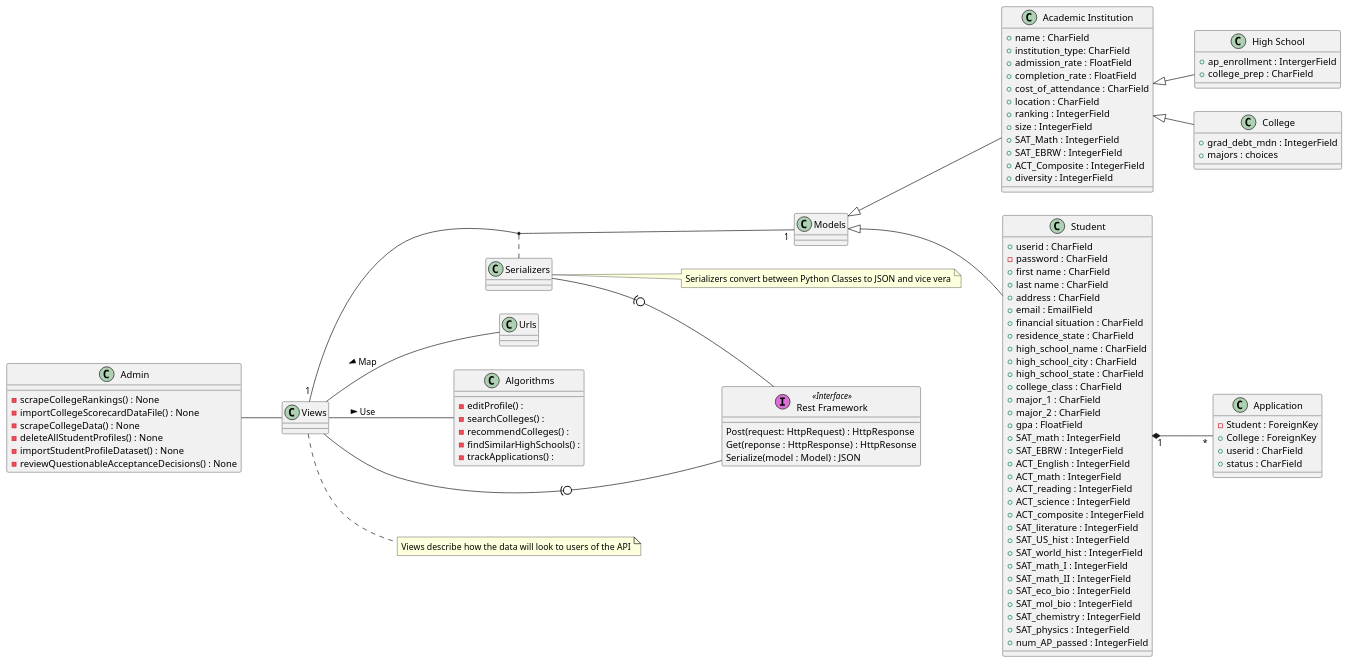
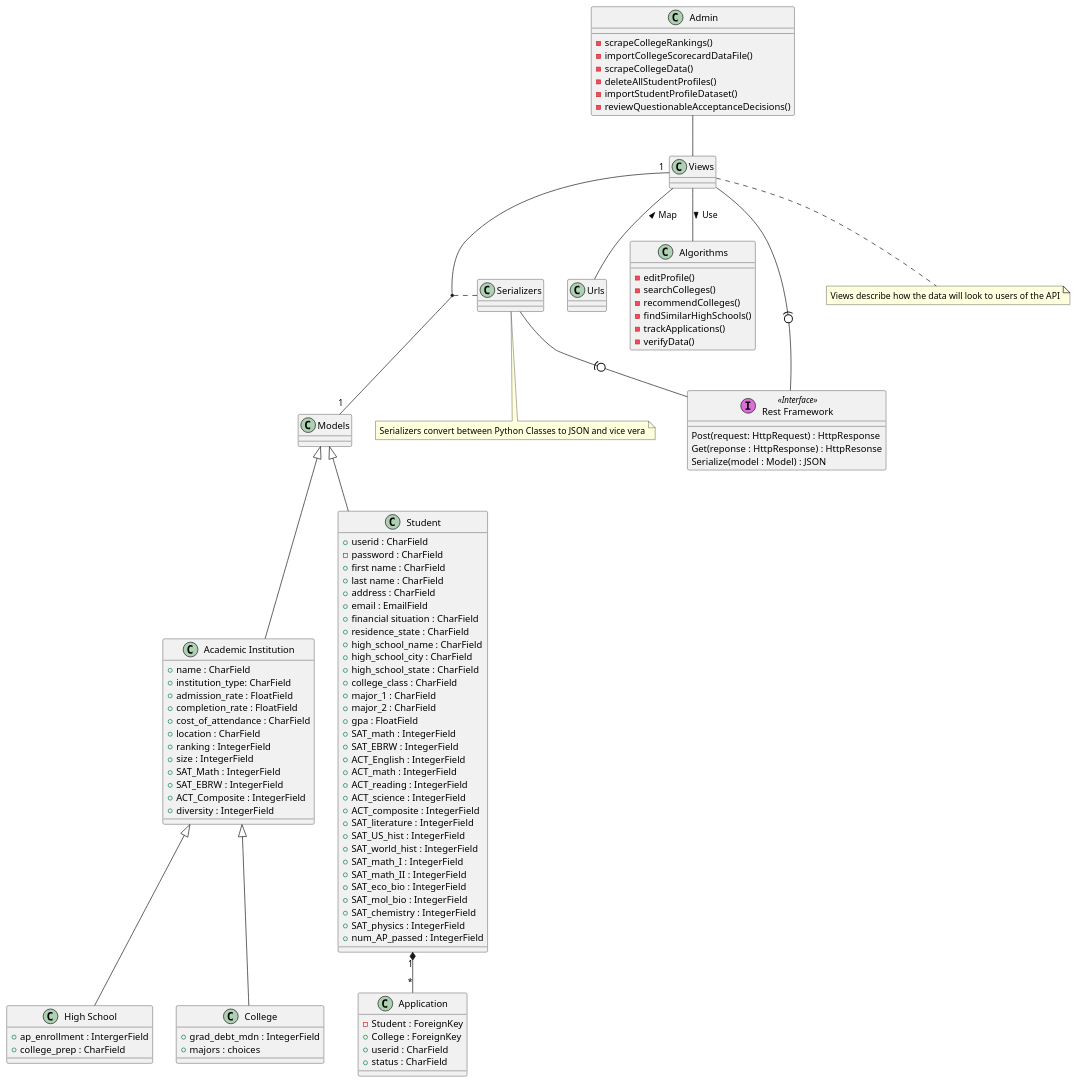
One commit to Omarfos/CSE416 changed the diagram in design/backend_class.wsd. Above: the diagram before and after it, drawn with PlantUML. The commit also changed 5 other files, not shown here.

Commit message:
class diagram

```diff
--- a/design/backend_class.wsd
+++ b/design/backend_class.wsd
@@ -1,140 +1,140 @@
 @startuml
 ' Use cases for Admin
-left to right direction
+' left to right direction
 
 class Admin {
-    -scrapeCollegeRankings() : None
-    -importCollegeScorecardDataFile() : None
-    -scrapeCollegeData() : None
-    -deleteAllStudentProfiles() : None
-    -importStudentProfileDataset() : None
-    -reviewQuestionableAcceptanceDecisions() : None
+    -scrapeCollegeRankings() 
+    -importCollegeScorecardDataFile() 
+    -scrapeCollegeData() 
+    -deleteAllStudentProfiles() 
+    -importStudentProfileDataset() 
+    -reviewQuestionableAcceptanceDecisions() 
 }
 
 class Urls {
 
 }
 
 class Algorithms {
-    -editProfile() :
-    -searchColleges() :
-    -recommendColleges() :
-    -findSimilarHighSchools() :
-    -trackApplications() :
-
+    -editProfile() 
+    -searchColleges() 
+    -recommendColleges() 
+    -findSimilarHighSchools() 
+    -trackApplications() 
+    -verifyData()
 }
 
 class "Rest Framework" << (I,orchid) Interface>> {
     Post(request: HttpRequest) : HttpResponse
     Get(reponse : HttpResponse) : HttpResonse
     Serialize(model : Model) : JSON
 }
 
 Serializers -(0- "Rest Framework"
 Views -(0- "Rest Framework"
 
 class Serializers {
 
 }
 note "Serializers convert between Python Classes to JSON and vice vera" as N2
 Serializers .. N2
 
 
 class Views {
 
 }
 
 Views -- Urls : Map <
 Views -- Algorithms : Use >
 Admin -- Views 
 Views "1" -- "1" Models 
 
 note "Views describe how the data will look to users of the API" as N1
 Views .. N1
 
 '  Models
 class Models {
 
 }
 
 Models <|-- "Academic Institution"
 Models <|-- Student
 
 (Models, Views) .. Serializers
 
 class Student {
     +userid : CharField
     -password : CharField
     +first name : CharField
     +last name : CharField
     +address : CharField
     +email : EmailField
     +financial situation : CharField
     +residence_state : CharField
     +high_school_name : CharField
     +high_school_city : CharField
     +high_school_state : CharField
     +college_class : CharField
     +major_1 : CharField
     +major_2 : CharField
     +gpa : FloatField
     +SAT_math : IntegerField
     +SAT_EBRW : IntegerField
     +ACT_English : IntegerField
     +ACT_math : IntegerField
     +ACT_reading : IntegerField
     +ACT_science : IntegerField
     +ACT_composite : IntegerField
     +SAT_literature : IntegerField
     +SAT_US_hist : IntegerField
     +SAT_world_hist : IntegerField
     +SAT_math_I : IntegerField
     +SAT_math_II : IntegerField
     +SAT_eco_bio : IntegerField
     +SAT_mol_bio : IntegerField
     +SAT_chemistry : IntegerField
     +SAT_physics : IntegerField
     +num_AP_passed : IntegerField
 }
 Student "1" *-- "*" Application
 
 
 class Application {
     -Student : ForeignKey
     +College : ForeignKey
     +userid : CharField
     +status : CharField
 }
 
 
 
 class "Academic Institution" {
     +name : CharField
     +institution_type: CharField
     +admission_rate : FloatField
     +completion_rate : FloatField
     +cost_of_attendance : CharField
     +location : CharField
     +ranking : IntegerField
     +size : IntegerField
     +SAT_Math : IntegerField
     +SAT_EBRW : IntegerField
     +ACT_Composite : IntegerField
     +diversity : IntegerField
 }
 
 "Academic Institution" <|-- College
 "Academic Institution" <|-- "High School"
 
 class College {
     +grad_debt_mdn : IntegerField
     +majors : choices   
     
 }
 
 class "High School" {
     +ap_enrollment : IntergerField
     +college_prep : CharField
 }
 
 @enduml
```
